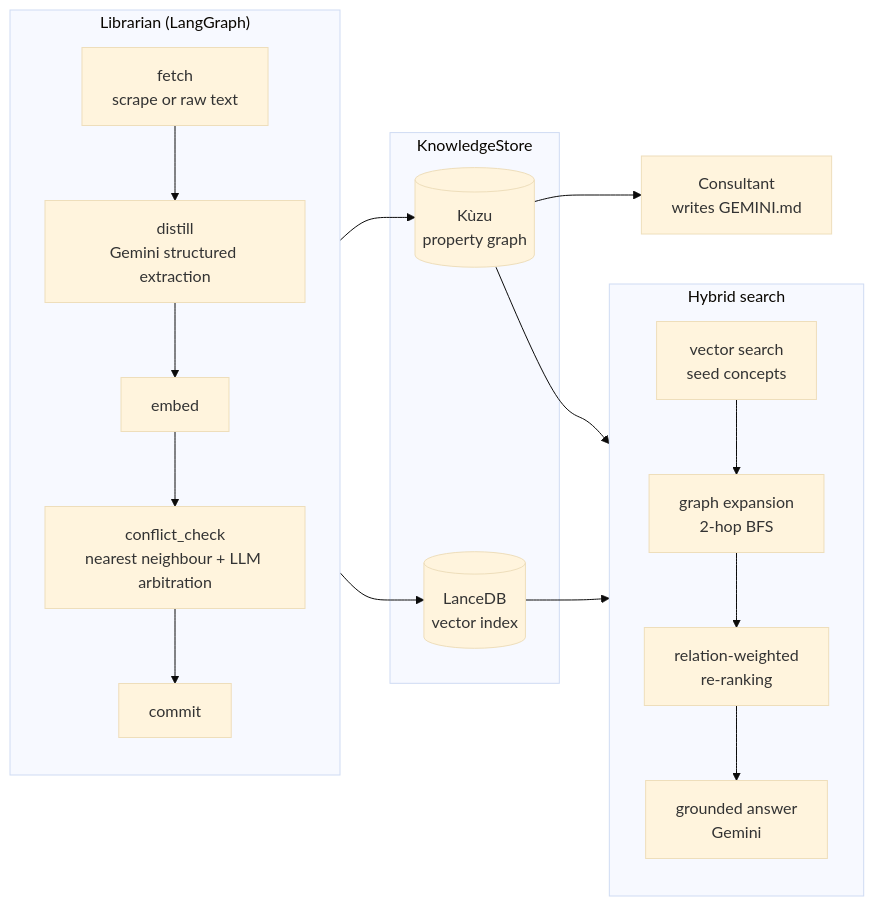
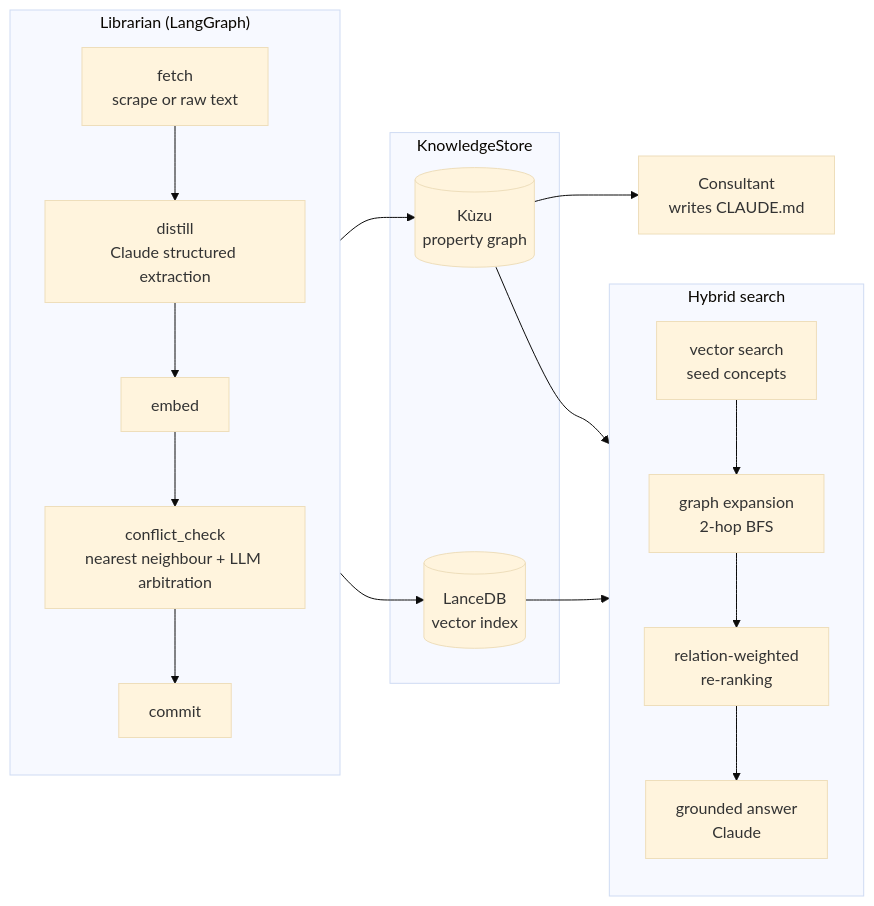
One commit to filipe-carmo/GraphAgentDB changed the diagram in README.md. Above: the diagram before and after it, drawn with Mermaid (base theme). The commit also changed other lines of this file and 16 other files, not shown here.

First line of the commit message:
Switch the LLM layer from Gemini to Claude

````diff
--- a/README.md
+++ b/README.md
@@ -36,27 +38,27 @@
 ```mermaid
 flowchart LR
     subgraph Ingestion["Librarian (LangGraph)"]
         direction TB
-        F[fetch<br/>scrape or raw text] --> D[distill<br/>Gemini structured extraction]
+        F[fetch<br/>scrape or raw text] --> D[distill<br/>Claude structured extraction]
         D --> E[embed]
         E --> C[conflict_check<br/>nearest neighbour + LLM arbitration]
         C --> K[commit]
     end
 
     subgraph Storage["KnowledgeStore"]
         G[(Kùzu<br/>property graph)]
         V[(LanceDB<br/>vector index)]
     end
 
     subgraph Retrieval["Hybrid search"]
         direction TB
         S1[vector search<br/>seed concepts] --> S2[graph expansion<br/>2-hop BFS]
         S2 --> S3[relation-weighted<br/>re-ranking]
-        S3 --> S4[grounded answer<br/>Gemini]
+        S3 --> S4[grounded answer<br/>Claude]
     end
 
     K --> G & V
     V --> S1
     G --> S2
-    G --> CO[Consultant<br/>writes GEMINI.md]
+    G --> CO[Consultant<br/>writes CLAUDE.md]
 ```
````
